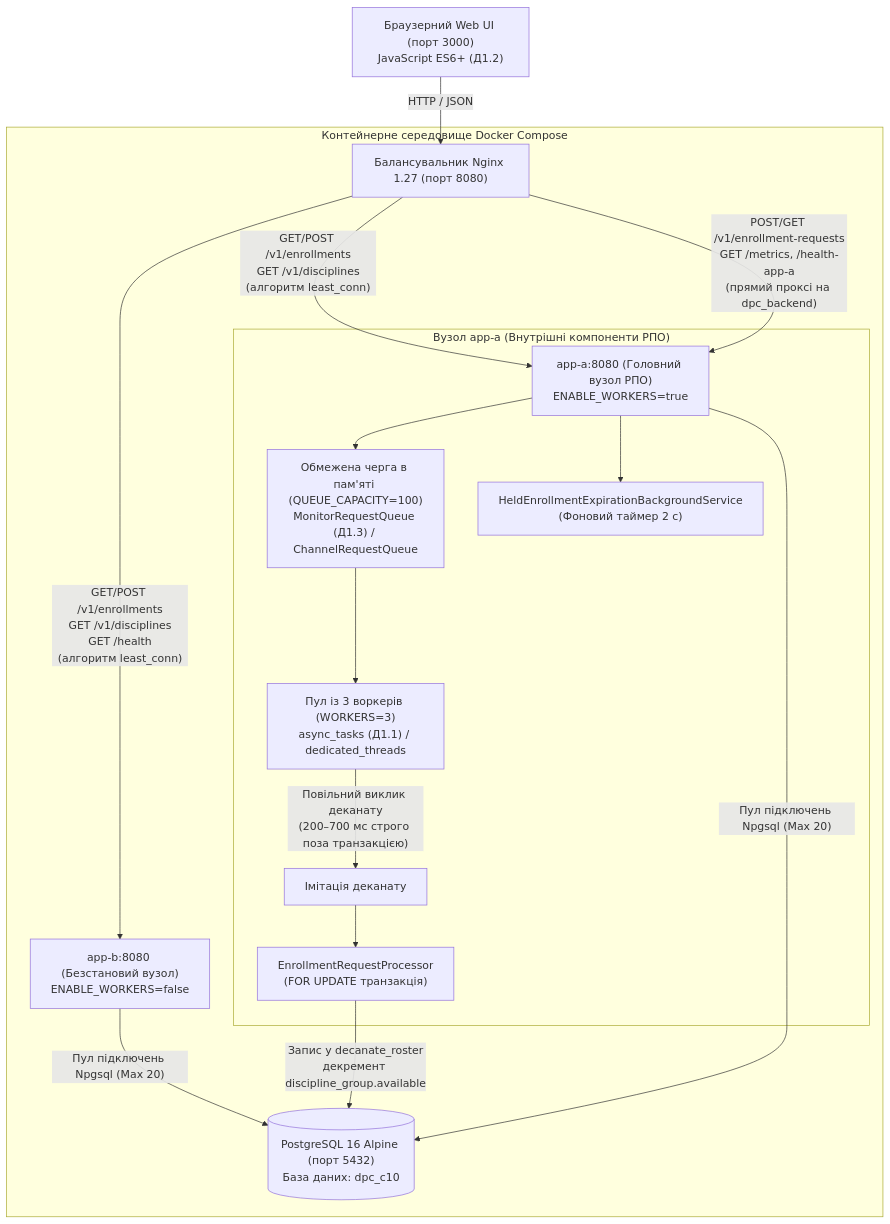
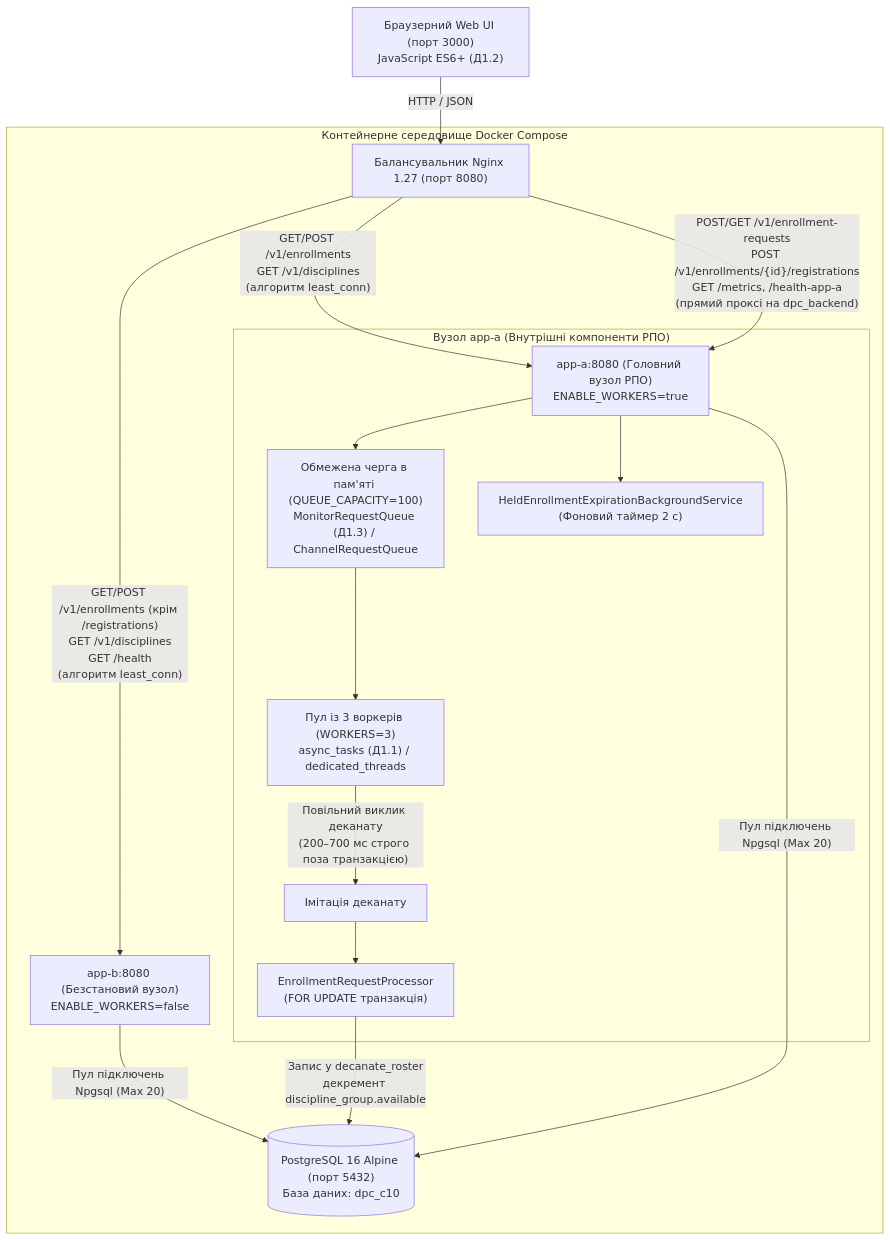
The fourth of 4 diagrams in README.md (AirFlex2/distributed-parallel-computing-and-web-course-c10), drawn with Mermaid before and after one commit. The commit also changed other lines of this file and 6 other files, not shown here.

````diff
--- a/README.md
+++ b/README.md
@@ -264,23 +264,23 @@
 ```mermaid
 flowchart TD
     Client["Браузерний Web UI (порт 3000)<br>JavaScript ES6+ (Д1.2)"] -->|HTTP / JSON| Nginx["Балансувальник Nginx 1.27 (порт 8080)"]
 
     subgraph Cluster["Контейнерне середовище Docker Compose"]
-        Nginx -->|"GET/POST /v1/enrollments<br>GET /v1/disciplines<br>GET /health<br>(алгоритм least_conn)"| AppB["app-b:8080 (Безстановий вузол)<br>ENABLE_WORKERS=false"]
+        Nginx -->|"GET/POST /v1/enrollments (крім /registrations)<br>GET /v1/disciplines<br>GET /health<br>(алгоритм least_conn)"| AppB["app-b:8080 (Безстановий вузол)<br>ENABLE_WORKERS=false"]
         Nginx -->|"GET/POST /v1/enrollments<br>GET /v1/disciplines<br>(алгоритм least_conn)"| AppA["app-a:8080 (Головний вузол РПО)<br>ENABLE_WORKERS=true"]
         
-        Nginx -->|"POST/GET /v1/enrollment-requests<br>GET /metrics, /health-app-a<br>(прямий проксі на dpc_backend)"| AppA
+        Nginx -->|"POST/GET /v1/enrollment-requests<br>POST /v1/enrollments/{id}/registrations<br>GET /metrics, /health-app-a<br>(прямий проксі на dpc_backend)"| AppA
 
         subgraph NodeA["Вузол app-a (Внутрішні компоненти РПО)"]
             AppA --> MemQueue["Обмежена черга в пам'яті (QUEUE_CAPACITY=100)<br>MonitorRequestQueue (Д1.3) / ChannelRequestQueue"]
             MemQueue --> Workers["Пул із 3 воркерів (WORKERS=3)<br>async_tasks (Д1.1) / dedicated_threads"]
             Workers -->|"Повільний виклик деканату<br>(200–700 мс строго поза транзакцією)"| SlowCall["Імітація деканату"]
             SlowCall --> Processor["EnrollmentRequestProcessor<br>(FOR UPDATE транзакція)"]
             AppA --> ExpService["HeldEnrollmentExpirationBackgroundService<br>(Фоновий таймер 2 с)"]
         end
 
         AppA -->|"Пул підключень Npgsql (Max 20)"| Postgres[("PostgreSQL 16 Alpine (порт 5432)<br>База даних: dpc_c10")]
         AppB -->|"Пул підключень Npgsql (Max 20)"| Postgres
         Processor -->|"Запис у decanate_roster<br>декремент discipline_group.available"| Postgres
     end
 ```
````
